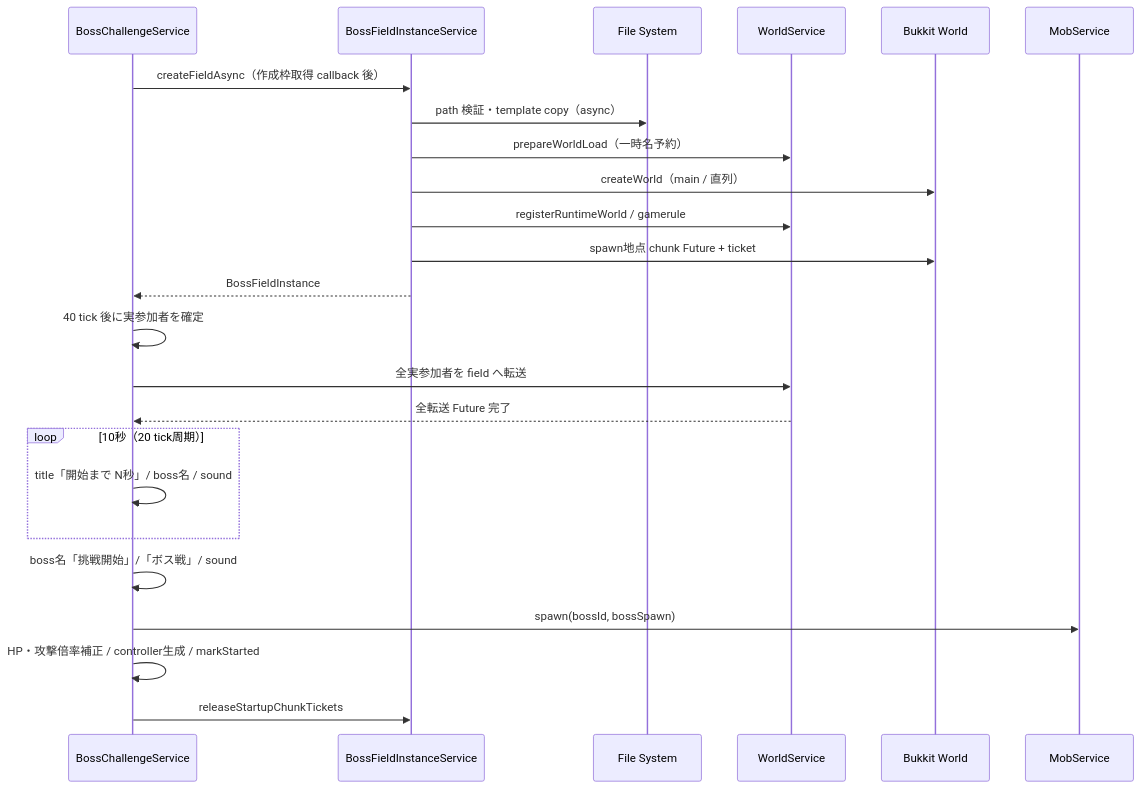
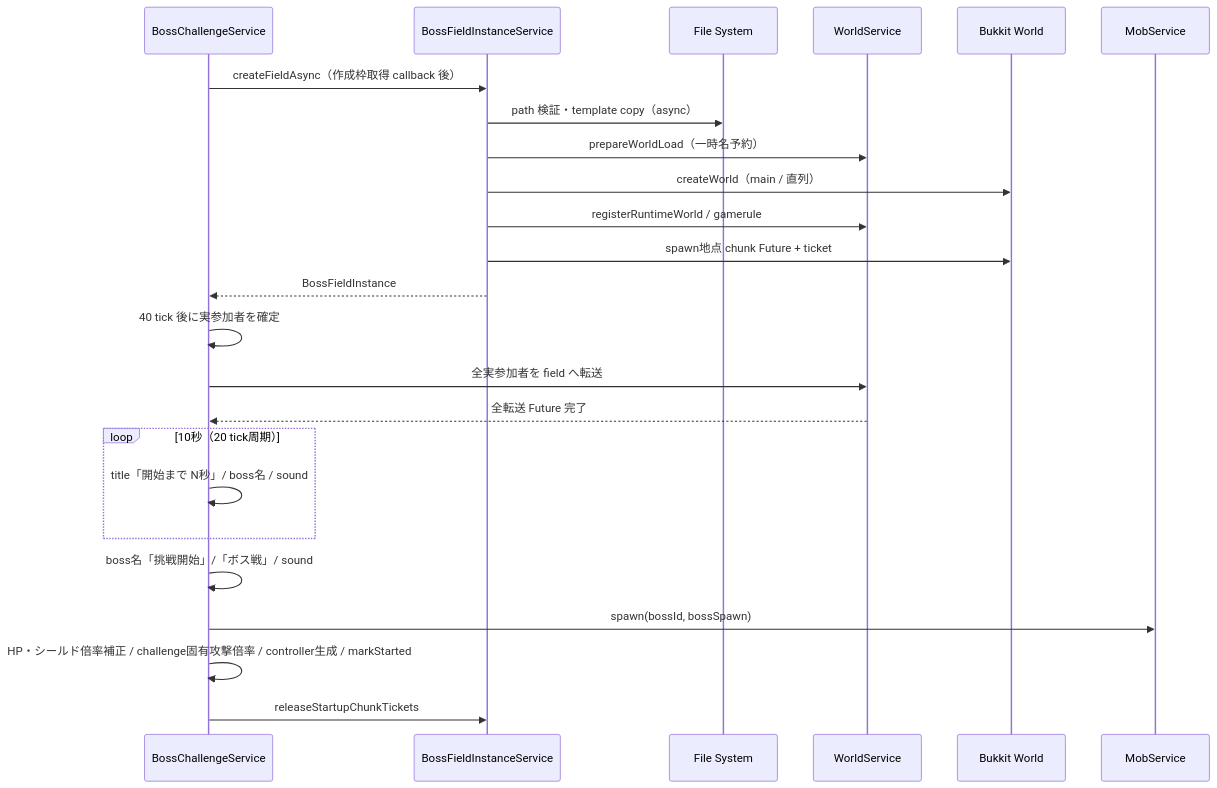
One commit to maaasu/AstralRecord-Workspace changed the second of 6 diagrams in 00_docs/10_Plugin設計書/feature/26-boss/26_4-統合フロー.md. Above: the diagram before and after it, drawn with Mermaid. The commit also changed other lines of this file and 41 other files, not shown here.

````diff
--- a/00_docs/10_Plugin設計書/feature/26-boss/26_4-統合フロー.md
+++ b/00_docs/10_Plugin設計書/feature/26-boss/26_4-統合フロー.md
@@ -56,27 +56,27 @@
 ```mermaid
 sequenceDiagram
     participant B as BossChallengeService
     participant F as BossFieldInstanceService
     participant FS as File System
     participant WS as WorldService
     participant BW as Bukkit World
     participant M as MobService
 
     B->>F: createFieldAsync（作成枠取得 callback 後）
     F->>FS: path 検証・template copy（async）
     F->>WS: prepareWorldLoad（一時名予約）
     F->>BW: createWorld（main / 直列）
     F->>WS: registerRuntimeWorld / gamerule
     F->>BW: spawn地点 chunk Future + ticket
     F-->>B: BossFieldInstance
     B->>B: 40 tick 後に実参加者を確定
     B->>WS: 全実参加者を field へ転送
     WS-->>B: 全転送 Future 完了
     loop 10秒（20 tick周期）
         B->>B: title「開始まで N秒」/ boss名 / sound
     end
     B->>B: boss名「挑戦開始」/「ボス戦」/ sound
     B->>M: spawn(bossId, bossSpawn)
-    B->>B: HP・攻撃倍率補正 / controller生成 / markStarted
+    B->>B: HP・シールド倍率補正 / challenge固有攻撃倍率 / controller生成 / markStarted
     B->>F: releaseStartupChunkTickets
 ```
````
